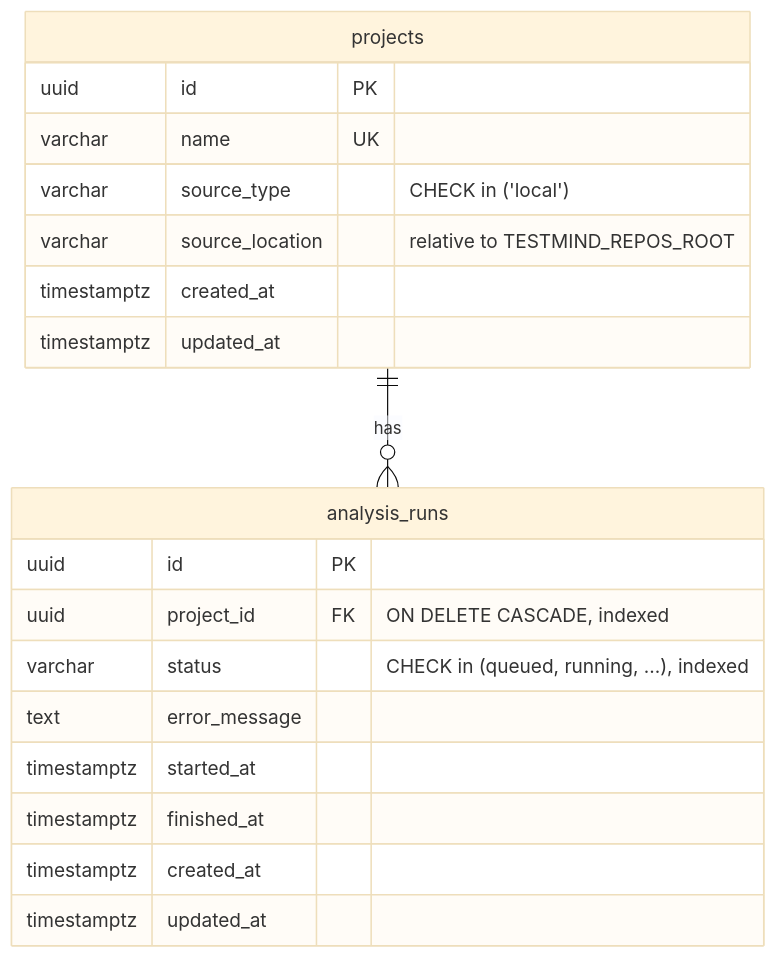
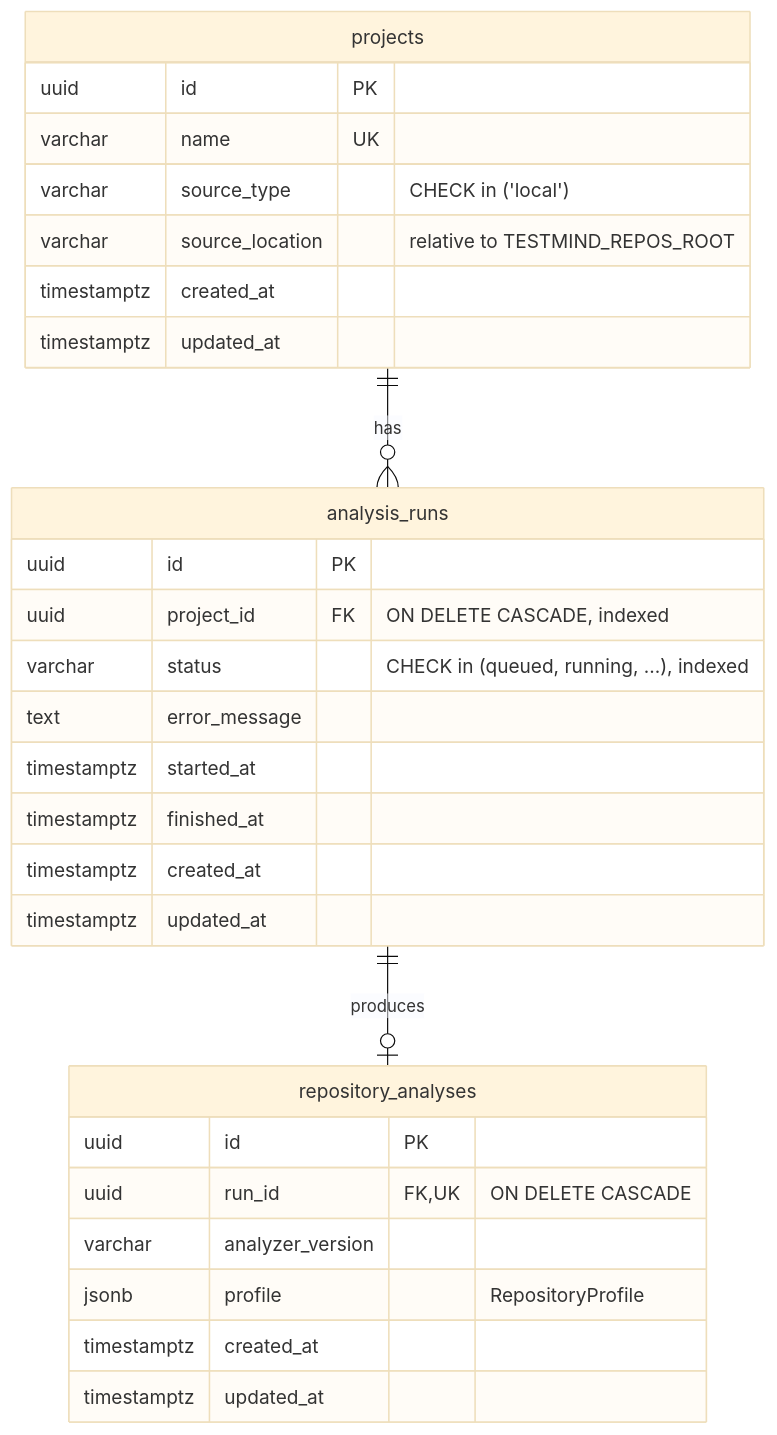
One commit to AAli-gh/AI-Powered-Software-Testing-Platform changed the fourth of 4 diagrams in docs/architecture.md. Above: the diagram before and after it, drawn with Mermaid (base theme). The commit also changed other lines of this file and 77 other files, not shown here.

First line of the commit message:
Phase 2: deterministic repository analyzer

````diff
--- a/docs/architecture.md
+++ b/docs/architecture.md
@@ -126,22 +127,31 @@
 ```mermaid
 erDiagram
     projects ||--o{ analysis_runs : has
+    analysis_runs ||--o| repository_analyses : produces
     projects {
         uuid id PK
         varchar name UK
         varchar source_type "CHECK in ('local')"
         varchar source_location "relative to TESTMIND_REPOS_ROOT"
         timestamptz created_at
         timestamptz updated_at
     }
     analysis_runs {
         uuid id PK
         uuid project_id FK "ON DELETE CASCADE, indexed"
         varchar status "CHECK in (queued, running, ...), indexed"
         text error_message
         timestamptz started_at
         timestamptz finished_at
         timestamptz created_at
         timestamptz updated_at
     }
+    repository_analyses {
+        uuid id PK
+        uuid run_id FK,UK "ON DELETE CASCADE"
+        varchar analyzer_version
+        jsonb profile "RepositoryProfile"
+        timestamptz created_at
+        timestamptz updated_at
+    }
 ```
````
